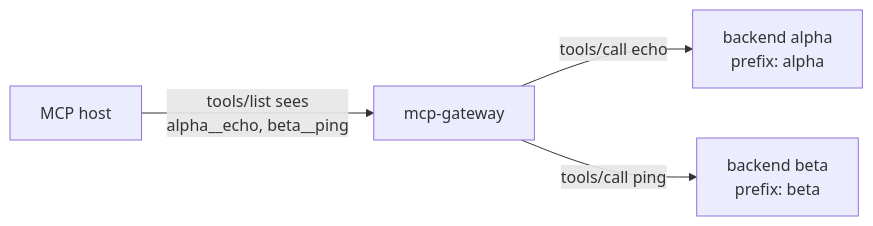
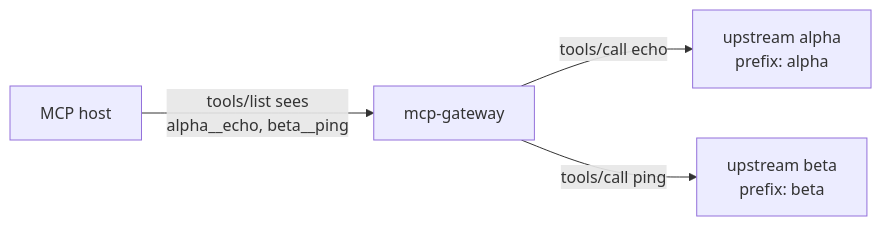
One commit to KarmaXP/mcp-gateway changed the first of 4 diagrams in docs/ADDING_UPSTREAMS.md. Above: the diagram before and after it, drawn with Mermaid. The commit also changed other lines of this file and 61 other files, not shown here.

````diff
--- a/docs/ADDING_UPSTREAMS.md
+++ b/docs/ADDING_UPSTREAMS.md
@@ -21,11 +21,11 @@
 ```mermaid
 flowchart LR
  host[MCP host]
  gw[mcp-gateway]
- b1["backend alpha<br/>prefix: alpha"]
- b2["backend beta<br/>prefix: beta"]
+ b1["upstream alpha<br/>prefix: alpha"]
+ b2["upstream beta<br/>prefix: beta"]
 
  host -->|"tools/list sees<br/>alpha__echo, beta__ping"| gw
  gw -->|"tools/call echo"| b1
  gw -->|"tools/call ping"| b2
 ```
````
